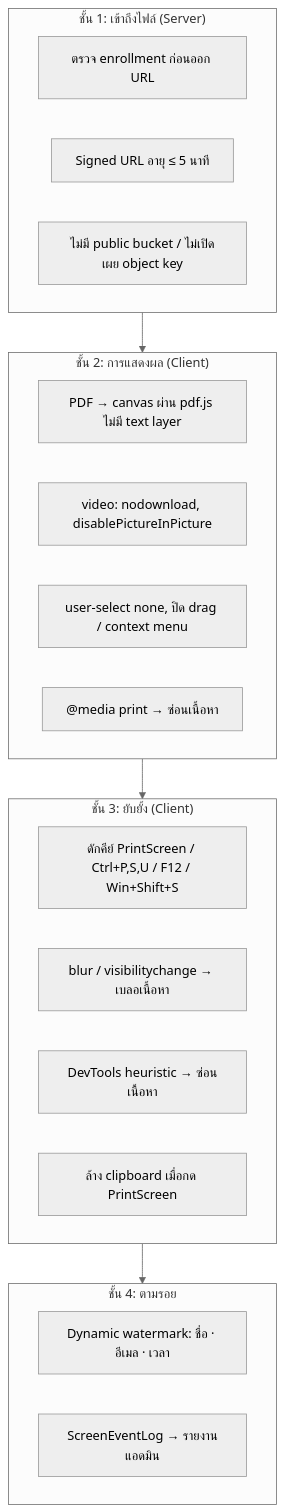
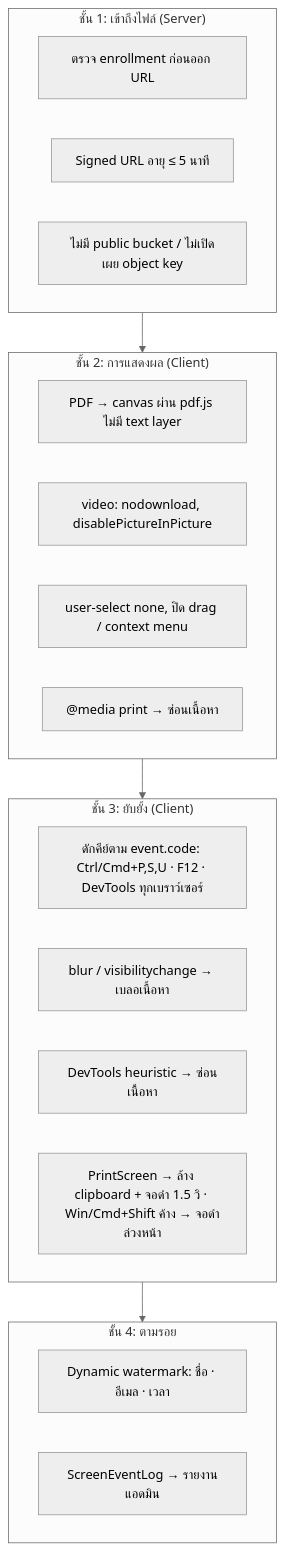
Diagram 14 of 15 in docs/system-design.md (rattanawong-it/lms), drawn with Mermaid (neutral theme) before and after one commit. The commit also changed 6 other files, not shown here.

````diff
--- a/docs/system-design.md
+++ b/docs/system-design.md
@@ -1226,25 +1226,25 @@
 ```mermaid
 flowchart TB
   subgraph L1["ชั้น 1: เข้าถึงไฟล์ (Server)"]
     a1[ตรวจ enrollment ก่อนออก URL]
     a2[Signed URL อายุ ≤ 5 นาที]
     a3[ไม่มี public bucket / ไม่เปิดเผย object key]
   end
   subgraph L2["ชั้น 2: การแสดงผล (Client)"]
     b1[PDF → canvas ผ่าน pdf.js ไม่มี text layer]
     b2[video: nodownload, disablePictureInPicture]
     b3[user-select none, ปิด drag / context menu]
     b4["@media print → ซ่อนเนื้อหา"]
   end
   subgraph L3["ชั้น 3: ยับยั้ง (Client)"]
-    c1[ดักคีย์ PrintScreen / Ctrl+P,S,U / F12 / Win+Shift+S]
+    c1[ดักคีย์ตาม event.code: Ctrl/Cmd+P,S,U · F12 · DevTools ทุกเบราว์เซอร์]
     c2[blur / visibilitychange → เบลอเนื้อหา]
     c3[DevTools heuristic → ซ่อนเนื้อหา]
-    c4[ล้าง clipboard เมื่อกด PrintScreen]
+    c4[PrintScreen → ล้าง clipboard + จอดำ 1.5 วิ · Win/Cmd+Shift ค้าง → จอดำล่วงหน้า]
   end
   subgraph L4["ชั้น 4: ตามรอย"]
     d1[Dynamic watermark: ชื่อ · อีเมล · เวลา]
     d2[ScreenEventLog → รายงานแอดมิน]
   end
   L1 --> L2 --> L3 --> L4
 ```
````
